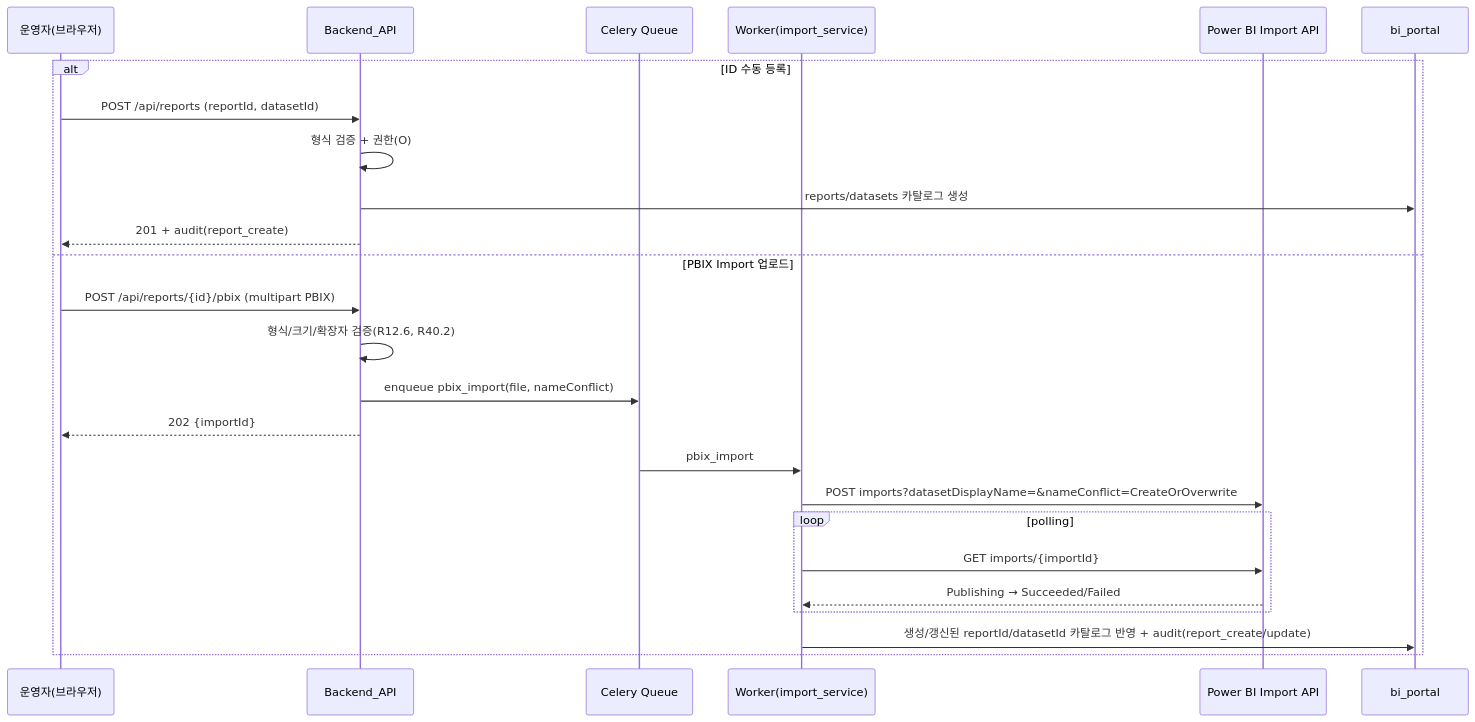
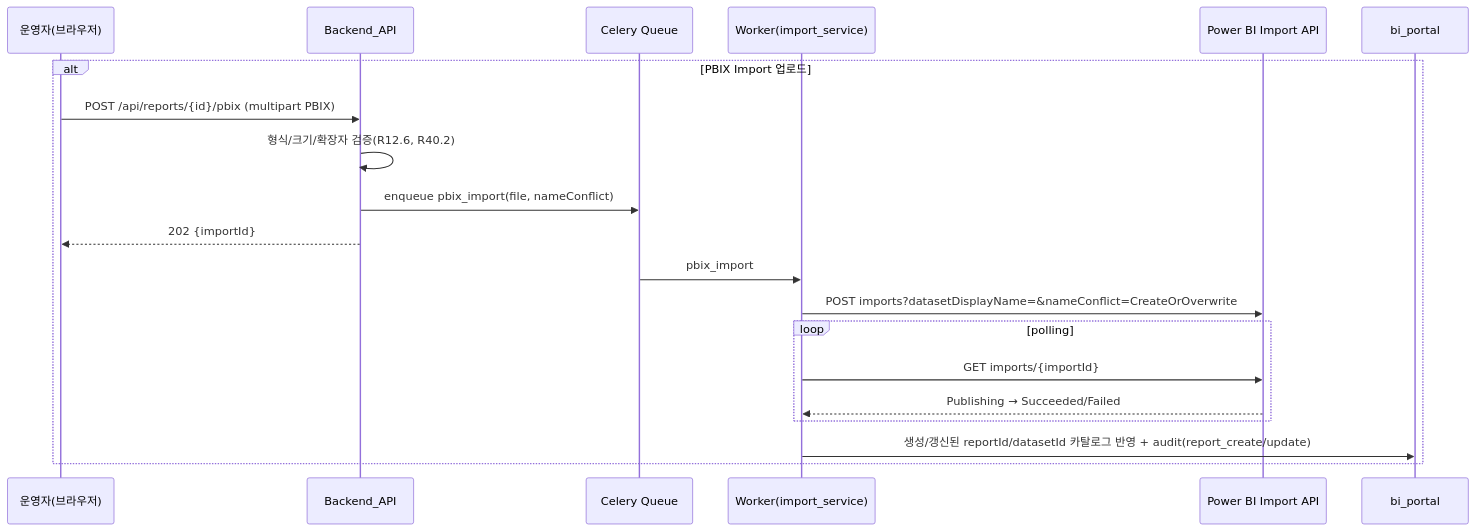
The seventh of 9 diagrams in .kiro/specs/the-new-bi-portal/design.md (heedong73/the-new-bi-portal), drawn with Mermaid before and after one commit. The commit also changed other lines of this file and 131 other files, not shown here.

````diff
--- a/.kiro/specs/the-new-bi-portal/design.md
+++ b/.kiro/specs/the-new-bi-portal/design.md
@@ -430,28 +440,23 @@
 ```mermaid
 sequenceDiagram
     participant O as 운영자(브라우저)
     participant BE as Backend_API
     participant Q as Celery Queue
     participant WK as Worker(import_service)
     participant PBI as Power BI Import API
     participant DB as bi_portal
 
-    alt ID 수동 등록
-        O->>BE: POST /api/reports (reportId, datasetId)
-        BE->>BE: 형식 검증 + 권한(O)
-        BE->>DB: reports/datasets 카탈로그 생성
-        BE-->>O: 201 + audit(report_create)
-    else PBIX Import 업로드
+    alt PBIX Import 업로드
         O->>BE: POST /api/reports/{id}/pbix (multipart PBIX)
         BE->>BE: 형식/크기/확장자 검증(R12.6, R40.2)
         BE->>Q: enqueue pbix_import(file, nameConflict)
         BE-->>O: 202 {importId}
         Q->>WK: pbix_import
         WK->>PBI: POST imports?datasetDisplayName=&nameConflict=CreateOrOverwrite
         loop polling
             WK->>PBI: GET imports/{importId}
             PBI-->>WK: Publishing → Succeeded/Failed
         end
         WK->>DB: 생성/갱신된 reportId/datasetId 카탈로그 반영 + audit(report_create/update)
     end
 ```
````
